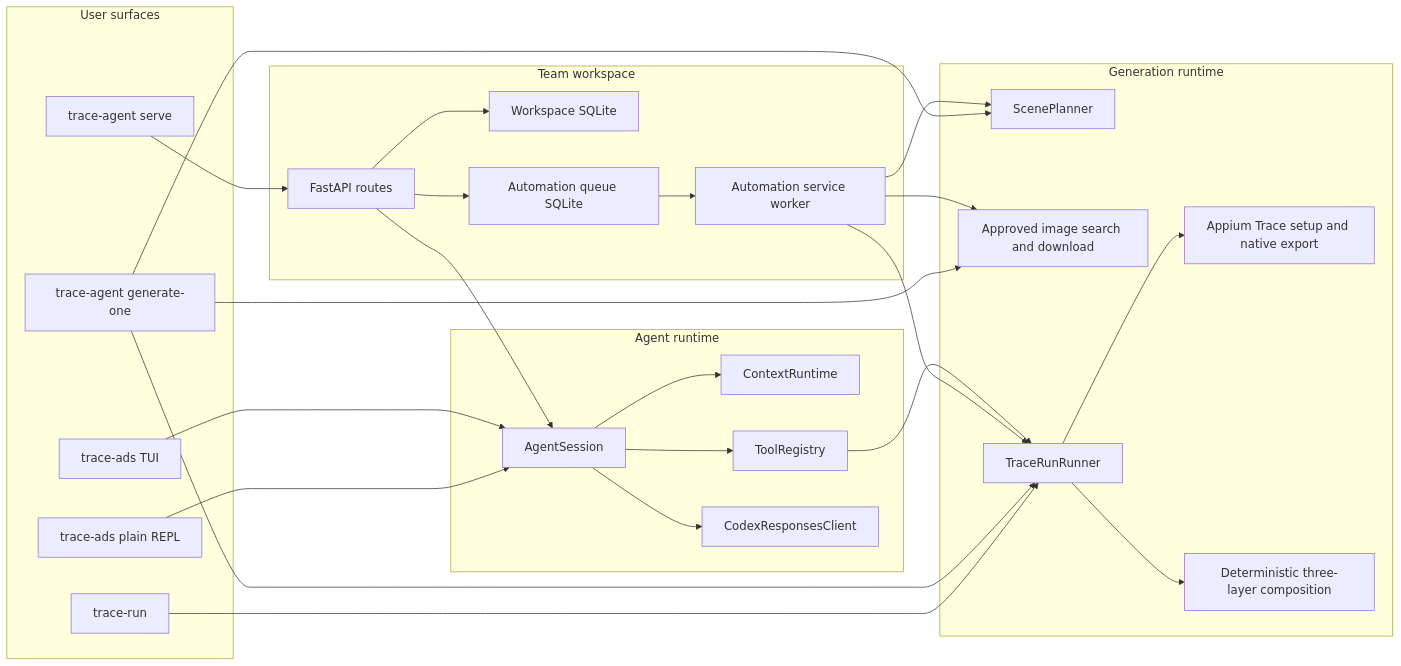
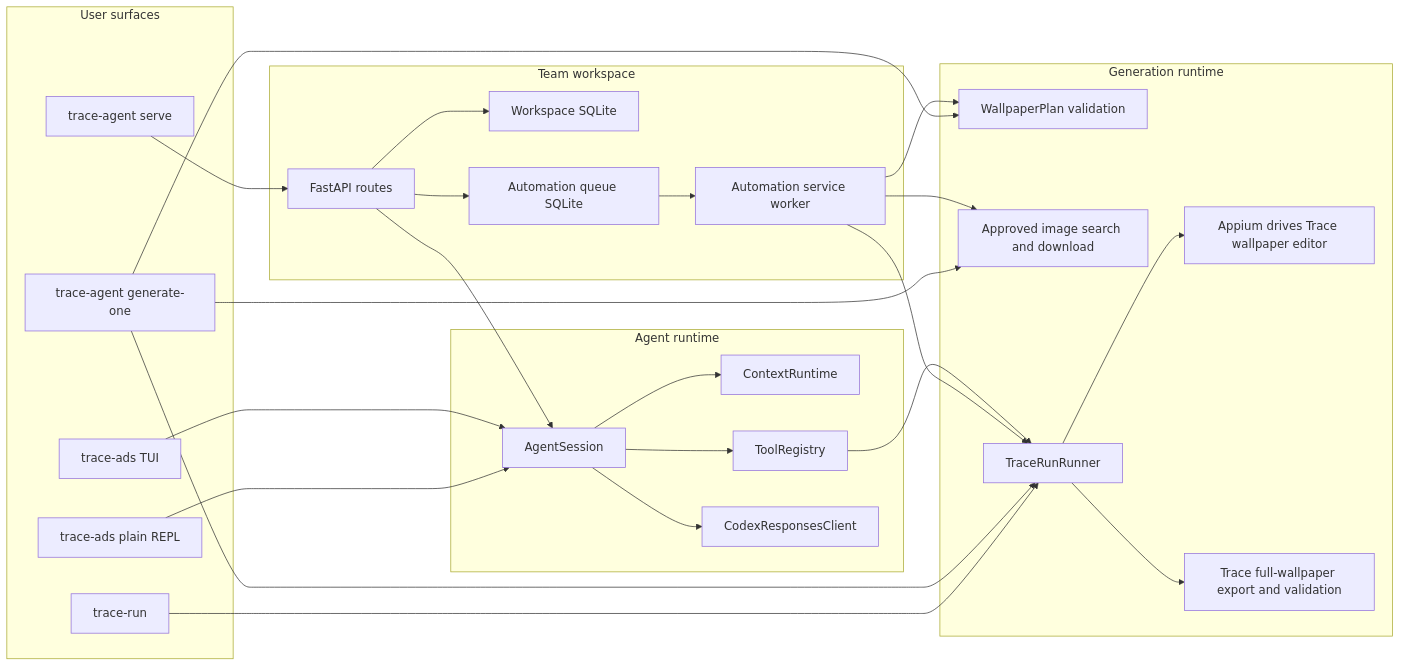
One commit to corca-ai/ads-booster changed the diagram in docs/architecture/system.md. Above: the diagram before and after it, drawn with Mermaid. The commit also changed other lines of this file and 477 other files, not shown here.

````diff
--- a/docs/architecture/system.md
+++ b/docs/architecture/system.md
@@ -42,55 +45,55 @@
 ```mermaid
 flowchart LR
     subgraph Surfaces[User surfaces]
         TUI[trace-ads TUI]
         REPL[trace-ads plain REPL]
         WEB[trace-agent serve]
         ONE[trace-agent generate-one]
         RUN[trace-run]
     end
 
     subgraph Agent[Agent runtime]
         SESSION[AgentSession]
         CONTEXT[ContextRuntime]
         TOOLS[ToolRegistry]
         PROVIDER[CodexResponsesClient]
     end
 
     subgraph Workspace[Team workspace]
         API[FastAPI routes]
         WSTORE[Workspace SQLite]
         QUEUE[Automation queue SQLite]
         WORKER[Automation service worker]
     end
 
     subgraph Generation[Generation runtime]
-        PLANNER[ScenePlanner]
+        PLANNER[WallpaperPlan validation]
         SEARCH[Approved image search and download]
         TRACERUN[TraceRunRunner]
-        CAPTURE[Appium Trace setup and native export]
-        COMPOSE[Deterministic three-layer composition]
+        CAPTURE[Appium drives Trace wallpaper editor]
+        EXPORT[Trace full-wallpaper export and validation]
     end
 
     TUI --> SESSION
     REPL --> SESSION
     SESSION --> CONTEXT
     SESSION --> PROVIDER
     SESSION --> TOOLS
     TOOLS --> TRACERUN
 
     WEB --> API
     API --> WSTORE
     API --> QUEUE
     API --> SESSION
     QUEUE --> WORKER
     WORKER --> PLANNER
     WORKER --> SEARCH
     WORKER --> TRACERUN
 
     ONE --> PLANNER
     ONE --> SEARCH
     ONE --> TRACERUN
     RUN --> TRACERUN
     TRACERUN --> CAPTURE
-    TRACERUN --> COMPOSE
+    TRACERUN --> EXPORT
 ```
````
